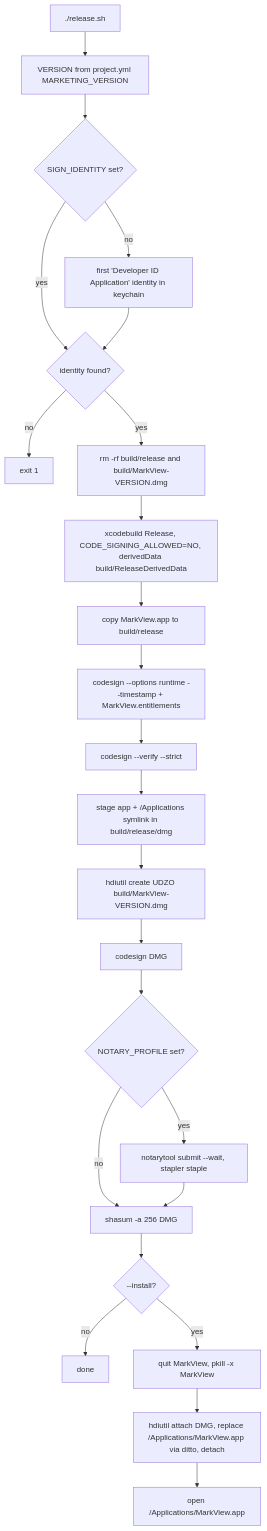
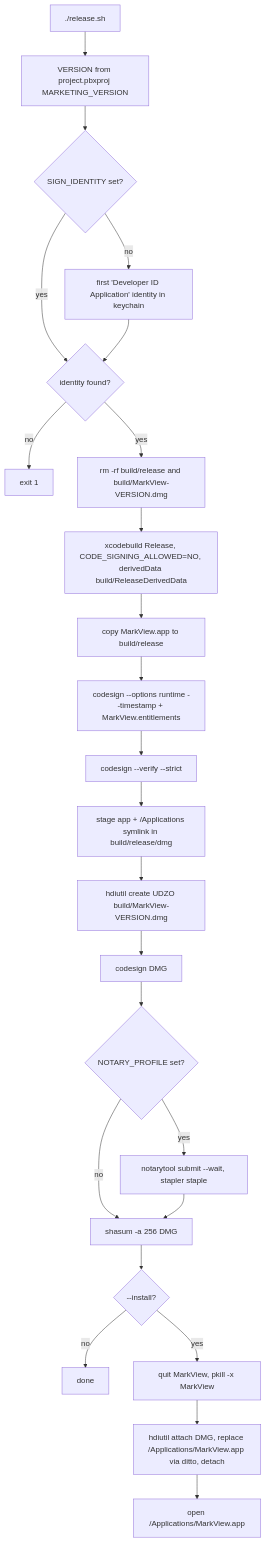
One commit to t-boris/MarkView changed the diagram in docs/architecture/modules/build-release-testing.md. Above: the diagram before and after it, drawn with Mermaid. The commit also changed other lines of this file and 26 other files, not shown here.

Commit message:
docs(spec): sync architecture docs/specs, add Section 6 rules, bump version to 6.26.1

````diff
--- a/docs/architecture/modules/build-release-testing.md
+++ b/docs/architecture/modules/build-release-testing.md
@@ -159,26 +138,26 @@
 ```mermaid
 flowchart TD
-    A[./release.sh] --> B[VERSION from project.yml MARKETING_VERSION]
+    A[./release.sh] --> B[VERSION from project.pbxproj MARKETING_VERSION]
     B --> C{SIGN_IDENTITY set?}
     C -- no --> C1[first 'Developer ID Application' identity in keychain]
     C -- yes --> D
     C1 --> D{identity found?}
     D -- no --> X[exit 1]
     D -- yes --> E[rm -rf build/release and build/MarkView-VERSION.dmg]
     E --> F[xcodebuild Release, CODE_SIGNING_ALLOWED=NO, derivedData build/ReleaseDerivedData]
     F --> G[copy MarkView.app to build/release]
     G --> H[codesign --options runtime --timestamp + MarkView.entitlements]
     H --> I[codesign --verify --strict]
     I --> J[stage app + /Applications symlink in build/release/dmg]
     J --> K[hdiutil create UDZO build/MarkView-VERSION.dmg]
     K --> L[codesign DMG]
     L --> M{NOTARY_PROFILE set?}
     M -- yes --> N[notarytool submit --wait, stapler staple]
     M -- no --> O
     N --> O[shasum -a 256 DMG]
     O --> P{--install?}
     P -- no --> Q[done]
     P -- yes --> R[quit MarkView, pkill -x MarkView]
     R --> S[hdiutil attach DMG, replace /Applications/MarkView.app via ditto, detach]
     S --> T[open /Applications/MarkView.app]
 ```
````
